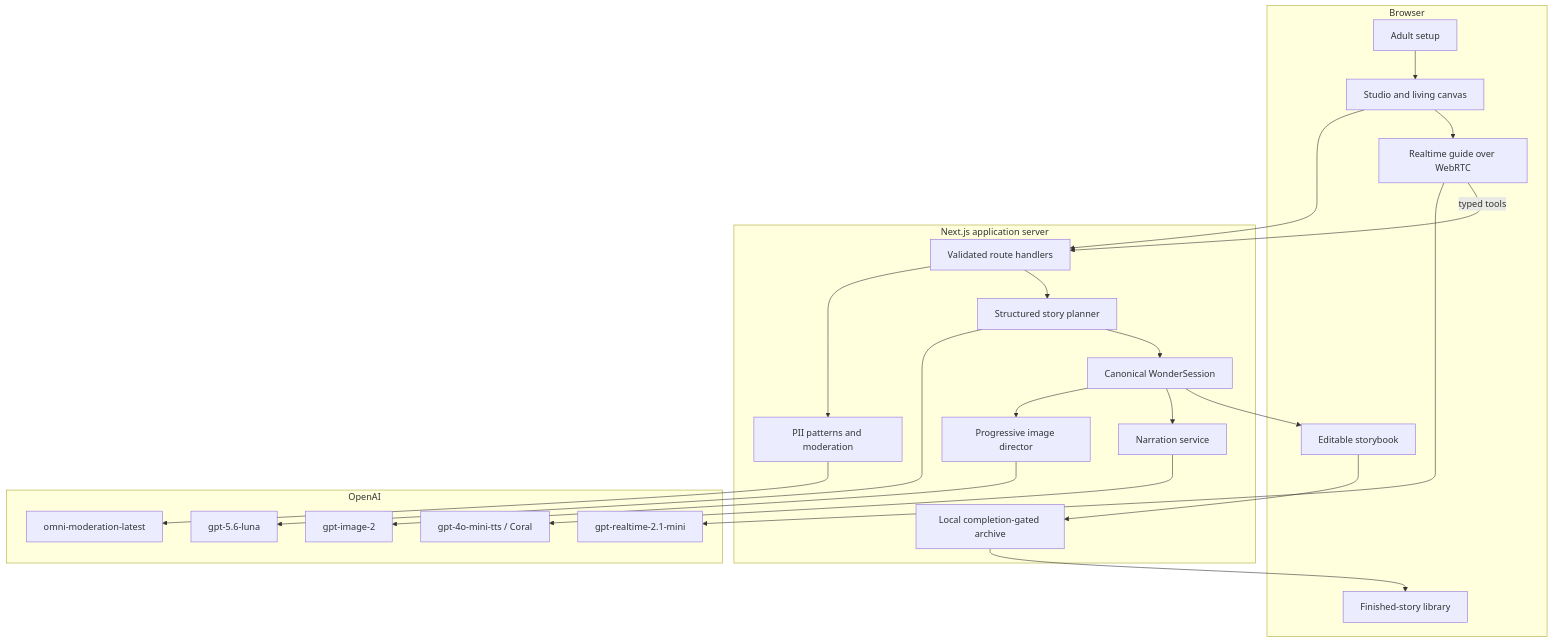
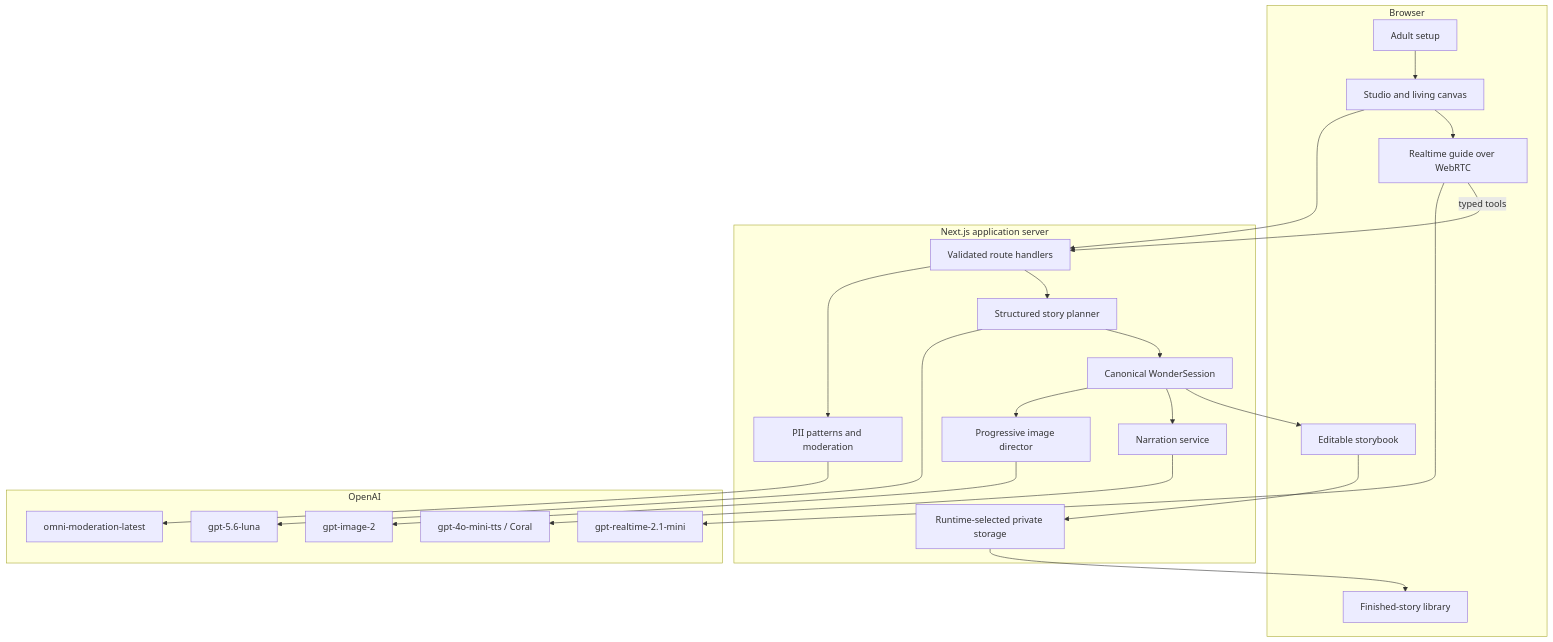
The diagram in docs/architecture.md (Alfaxad/WonderLoom), drawn with Mermaid before and after one commit. The commit also changed other lines of this file and 22 other files, not shown here.

````diff
--- a/docs/architecture.md
+++ b/docs/architecture.md
@@ -18,39 +19,39 @@
 ```mermaid
 flowchart TB
     subgraph Browser
       Setup["Adult setup"]
       Studio["Studio and living canvas"]
       Guide["Realtime guide over WebRTC"]
       Book["Editable storybook"]
       Library["Finished-story library"]
     end
 
     subgraph Next["Next.js application server"]
       API["Validated route handlers"]
       Safety["PII patterns and moderation"]
       Planner["Structured story planner"]
       Canon["Canonical WonderSession"]
       Visual["Progressive image director"]
       Speech["Narration service"]
-      Store["Local completion-gated archive"]
+      Store["Runtime-selected private storage"]
     end
 
     subgraph OpenAI
       Text["gpt-5.6-luna"]
       Realtime["gpt-realtime-2.1-mini"]
       Images["gpt-image-2"]
       TTS["gpt-4o-mini-tts / Coral"]
       Moderation["omni-moderation-latest"]
     end
 
     Setup --> Studio
     Studio --> API
     API --> Safety --> Moderation
     API --> Planner --> Text
     Planner --> Canon
     Studio --> Guide --> Realtime
     Guide -->|typed tools| API
     Canon --> Visual --> Images
     Canon --> Speech --> TTS
     Canon --> Book --> Store --> Library
 ```
````
